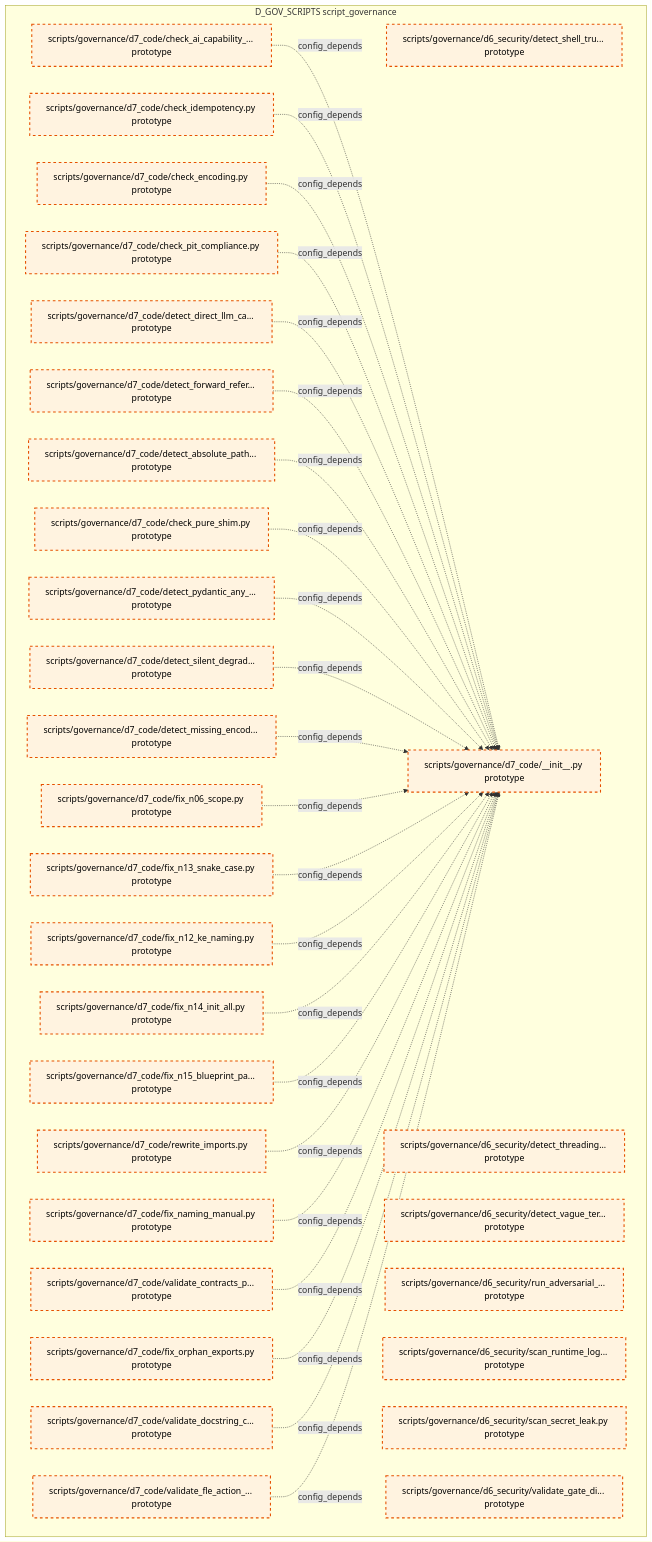
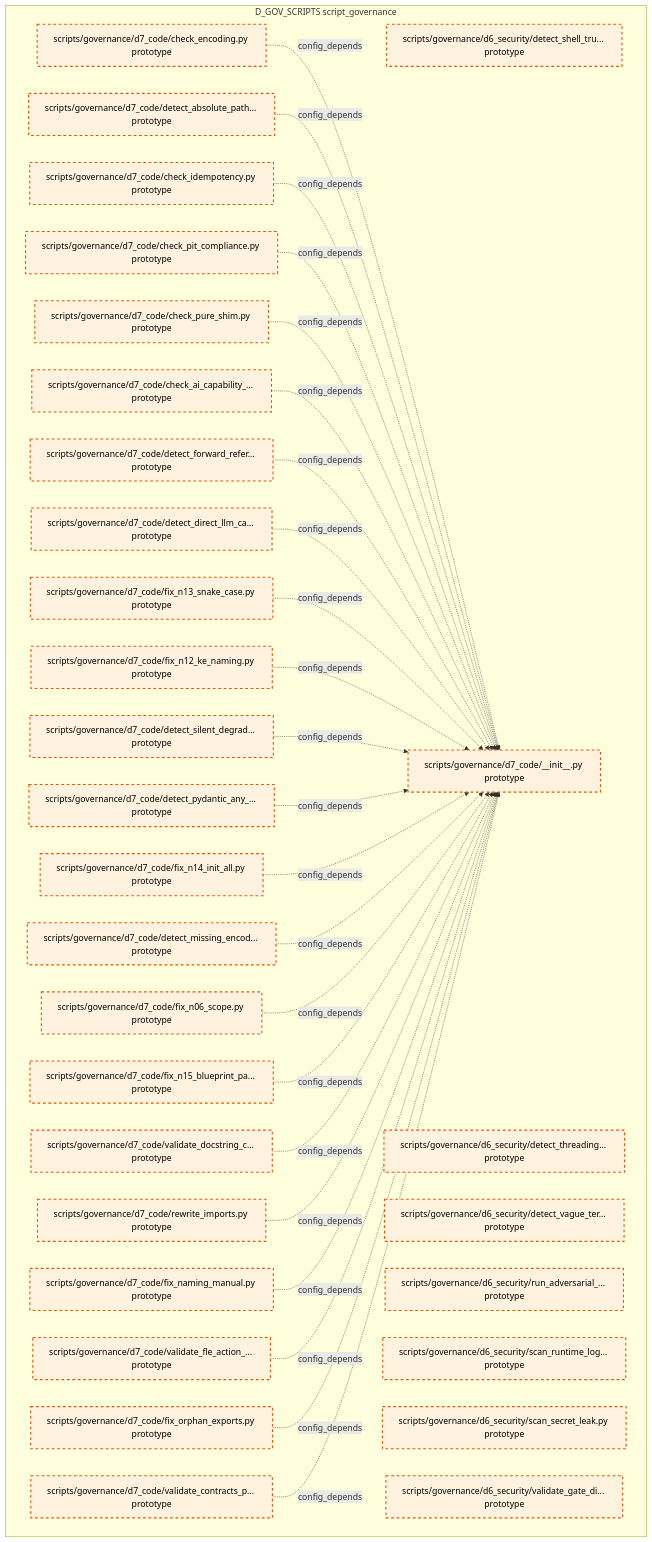
Before and after one commit to xuanFelixVan/ZephyrAlpha: the tenth of 15 diagrams in docs/02_enterprise_architecture/02_domain_architecture_docs/36_d_gov_scripts.md, drawn with Mermaid. The commit also changed other lines of this file and 99 other files, not shown here.

````diff
--- a/docs/02_enterprise_architecture/02_domain_architecture_docs/36_d_gov_scripts.md
+++ b/docs/02_enterprise_architecture/02_domain_architecture_docs/36_d_gov_scripts.md
@@ -689,62 +691,62 @@
 ```mermaid
 graph TD
     subgraph D_GOV_SCRIPTS["D_GOV_SCRIPTS script_governance"]
         scripts_governance_d6_security_detect_shell_true_py["scripts/governance/d6_security/detect_shell_tru... prototype"]
         scripts_governance_d6_security_detect_threading_lock_py["scripts/governance/d6_security/detect_threading... prototype"]
         scripts_governance_d6_security_detect_vague_terms_py["scripts/governance/d6_security/detect_vague_ter... prototype"]
         scripts_governance_d6_security_run_adversarial_checks_py["scripts/governance/d6_security/run_adversarial_... prototype"]
         scripts_governance_d6_security_scan_runtime_log_secrets_py["scripts/governance/d6_security/scan_runtime_log... prototype"]
         scripts_governance_d6_security_scan_secret_leak_py["scripts/governance/d6_security/scan_secret_leak.py prototype"]
         scripts_governance_d6_security_validate_gate_discipline_py["scripts/governance/d6_security/validate_gate_di... prototype"]
         scripts_governance_d7_code_init_py["scripts/governance/d7_code/__init__.py prototype"]
         scripts_governance_d7_code_check_ai_capability_boundary_py["scripts/governance/d7_code/check_ai_capability_... prototype"]
         scripts_governance_d7_code_check_encoding_py["scripts/governance/d7_code/check_encoding.py prototype"]
         scripts_governance_d7_code_check_idempotency_py["scripts/governance/d7_code/check_idempotency.py prototype"]
         scripts_governance_d7_code_check_pit_compliance_py["scripts/governance/d7_code/check_pit_compliance.py prototype"]
         scripts_governance_d7_code_check_pure_shim_py["scripts/governance/d7_code/check_pure_shim.py prototype"]
         scripts_governance_d7_code_detect_absolute_path_hardcoding_py["scripts/governance/d7_code/detect_absolute_path... prototype"]
         scripts_governance_d7_code_detect_direct_llm_calls_py["scripts/governance/d7_code/detect_direct_llm_ca... prototype"]
         scripts_governance_d7_code_detect_forward_reference_py["scripts/governance/d7_code/detect_forward_refer... prototype"]
         scripts_governance_d7_code_detect_missing_encoding_py["scripts/governance/d7_code/detect_missing_encod... prototype"]
         scripts_governance_d7_code_detect_pydantic_any_fields_py["scripts/governance/d7_code/detect_pydantic_any_... prototype"]
         scripts_governance_d7_code_detect_silent_degradation_py["scripts/governance/d7_code/detect_silent_degrad... prototype"]
         scripts_governance_d7_code_fix_n06_scope_py["scripts/governance/d7_code/fix_n06_scope.py prototype"]
         scripts_governance_d7_code_fix_n12_ke_naming_py["scripts/governance/d7_code/fix_n12_ke_naming.py prototype"]
         scripts_governance_d7_code_fix_n13_snake_case_py["scripts/governance/d7_code/fix_n13_snake_case.py prototype"]
         scripts_governance_d7_code_fix_n14_init_all_py["scripts/governance/d7_code/fix_n14_init_all.py prototype"]
         scripts_governance_d7_code_fix_n15_blueprint_path_py["scripts/governance/d7_code/fix_n15_blueprint_pa... prototype"]
         scripts_governance_d7_code_fix_naming_manual_py["scripts/governance/d7_code/fix_naming_manual.py prototype"]
         scripts_governance_d7_code_fix_orphan_exports_py["scripts/governance/d7_code/fix_orphan_exports.py prototype"]
         scripts_governance_d7_code_rewrite_imports_py["scripts/governance/d7_code/rewrite_imports.py prototype"]
         scripts_governance_d7_code_validate_contracts_purity_py["scripts/governance/d7_code/validate_contracts_p... prototype"]
         scripts_governance_d7_code_validate_docstring_coverage_py["scripts/governance/d7_code/validate_docstring_c... prototype"]
         scripts_governance_d7_code_validate_fle_action_metadata_py["scripts/governance/d7_code/validate_fle_action_... prototype"]
     end
+    scripts_governance_d7_code_check_encoding_py -.->|config_depends| scripts_governance_d7_code_init_py
+    scripts_governance_d7_code_detect_absolute_path_hardcoding_py -.->|config_depends| scripts_governance_d7_code_init_py
+    scripts_governance_d7_code_check_idempotency_py -.->|config_depends| scripts_governance_d7_code_init_py
+    scripts_governance_d7_code_check_pit_compliance_py -.->|config_depends| scripts_governance_d7_code_init_py
+    scripts_governance_d7_code_check_pure_shim_py -.->|config_depends| scripts_governance_d7_code_init_py
     scripts_governance_d7_code_check_ai_capability_boundary_py -.->|config_depends| scripts_governance_d7_code_init_py
-    scripts_governance_d7_code_check_idempotency_py -.->|config_depends| scripts_governance_d7_code_init_py
-    scripts_governance_d7_code_check_encoding_py -.->|config_depends| scripts_governance_d7_code_init_py
-    scripts_governance_d7_code_check_pit_compliance_py -.->|config_depends| scripts_governance_d7_code_init_py
+    scripts_governance_d7_code_detect_forward_reference_py -.->|config_depends| scripts_governance_d7_code_init_py
     scripts_governance_d7_code_detect_direct_llm_calls_py -.->|config_depends| scripts_governance_d7_code_init_py
-    scripts_governance_d7_code_detect_forward_reference_py -.->|config_depends| scripts_governance_d7_code_init_py
-    scripts_governance_d7_code_detect_absolute_path_hardcoding_py -.->|config_depends| scripts_governance_d7_code_init_py
-    scripts_governance_d7_code_check_pure_shim_py -.->|config_depends| scripts_governance_d7_code_init_py
+    scripts_governance_d7_code_fix_n13_snake_case_py -.->|config_depends| scripts_governance_d7_code_init_py
+    scripts_governance_d7_code_fix_n12_ke_naming_py -.->|config_depends| scripts_governance_d7_code_init_py
+    scripts_governance_d7_code_detect_silent_degradation_py -.->|config_depends| scripts_governance_d7_code_init_py
     scripts_governance_d7_code_detect_pydantic_any_fields_py -.->|config_depends| scripts_governance_d7_code_init_py
-    scripts_governance_d7_code_detect_silent_degradation_py -.->|config_depends| scripts_governance_d7_code_init_py
+    scripts_governance_d7_code_fix_n14_init_all_py -.->|config_depends| scripts_governance_d7_code_init_py
     scripts_governance_d7_code_detect_missing_encoding_py -.->|config_depends| scripts_governance_d7_code_init_py
     scripts_governance_d7_code_fix_n06_scope_py -.->|config_depends| scripts_governance_d7_code_init_py
-    scripts_governance_d7_code_fix_n13_snake_case_py -.->|config_depends| scripts_governance_d7_code_init_py
-    scripts_governance_d7_code_fix_n12_ke_naming_py -.->|config_depends| scripts_governance_d7_code_init_py
-    scripts_governance_d7_code_fix_n14_init_all_py -.->|config_depends| scripts_governance_d7_code_init_py
     scripts_governance_d7_code_fix_n15_blueprint_path_py -.->|config_depends| scripts_governance_d7_code_init_py
+    scripts_governance_d7_code_validate_docstring_coverage_py -.->|config_depends| scripts_governance_d7_code_init_py
     scripts_governance_d7_code_rewrite_imports_py -.->|config_depends| scripts_governance_d7_code_init_py
     scripts_governance_d7_code_fix_naming_manual_py -.->|config_depends| scripts_governance_d7_code_init_py
+    scripts_governance_d7_code_validate_fle_action_metadata_py -.->|config_depends| scripts_governance_d7_code_init_py
+    scripts_governance_d7_code_fix_orphan_exports_py -.->|config_depends| scripts_governance_d7_code_init_py
     scripts_governance_d7_code_validate_contracts_purity_py -.->|config_depends| scripts_governance_d7_code_init_py
-    scripts_governance_d7_code_fix_orphan_exports_py -.->|config_depends| scripts_governance_d7_code_init_py
-    scripts_governance_d7_code_validate_docstring_coverage_py -.->|config_depends| scripts_governance_d7_code_init_py
-    scripts_governance_d7_code_validate_fle_action_metadata_py -.->|config_depends| scripts_governance_d7_code_init_py
     classDef production fill:#e1f5fe,stroke:#01579b,stroke-width:2px,color:#000
     classDef design fill:#fff3e0,stroke:#e65100,stroke-width:2px,color:#000,stroke-dasharray: 5 5
     classDef external_prod fill:#e8f5e9,stroke:#1b5e20,stroke-width:1px,color:#000
     classDef external_design fill:#fce4ec,stroke:#880e4f,stroke-width:1px,color:#000,stroke-dasharray: 5 5
     class scripts_governance_d6_security_detect_shell_true_py,scripts_governance_d6_security_detect_threading_lock_py,scripts_governance_d6_security_detect_vague_terms_py,scripts_governance_d6_security_run_adversarial_checks_py,scripts_governance_d6_security_scan_runtime_log_secrets_py,scripts_governance_d6_security_scan_secret_leak_py,scripts_governance_d6_security_validate_gate_discipline_py,scripts_governance_d7_code_init_py,scripts_governance_d7_code_check_ai_capability_boundary_py,scripts_governance_d7_code_check_encoding_py,scripts_governance_d7_code_check_idempotency_py,scripts_governance_d7_code_check_pit_compliance_py,scripts_governance_d7_code_check_pure_shim_py,scripts_governance_d7_code_detect_absolute_path_hardcoding_py,scripts_governance_d7_code_detect_direct_llm_calls_py,scripts_governance_d7_code_detect_forward_reference_py,scripts_governance_d7_code_detect_missing_encoding_py,scripts_governance_d7_code_detect_pydantic_any_fields_py,scripts_governance_d7_code_detect_silent_degradation_py,scripts_governance_d7_code_fix_n06_scope_py,scripts_governance_d7_code_fix_n12_ke_naming_py,scripts_governance_d7_code_fix_n13_snake_case_py,scripts_governance_d7_code_fix_n14_init_all_py,scripts_governance_d7_code_fix_n15_blueprint_path_py,scripts_governance_d7_code_fix_naming_manual_py,scripts_governance_d7_code_fix_orphan_exports_py,scripts_governance_d7_code_rewrite_imports_py,scripts_governance_d7_code_validate_contracts_purity_py,scripts_governance_d7_code_validate_docstring_coverage_py,scripts_governance_d7_code_validate_fle_action_metadata_py design
 ```
````
